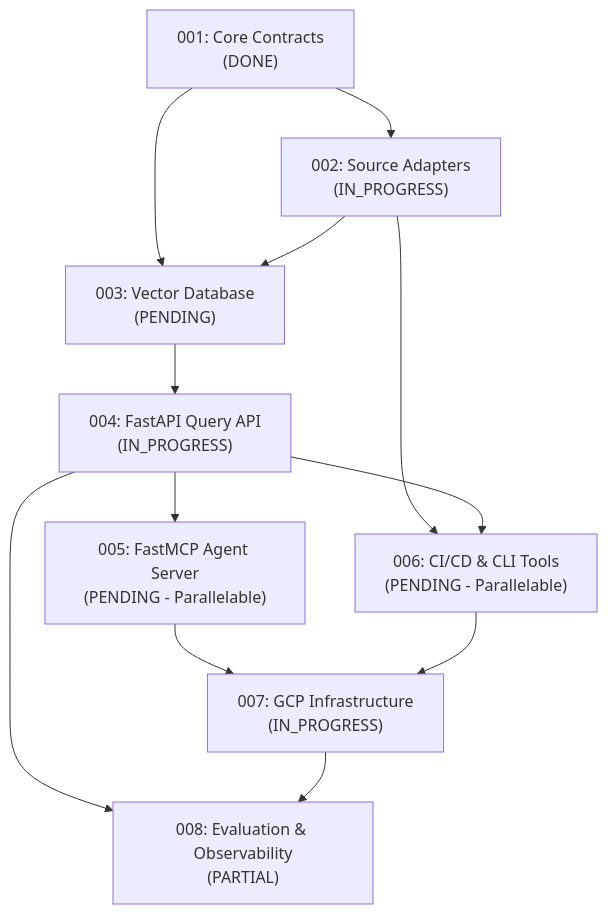
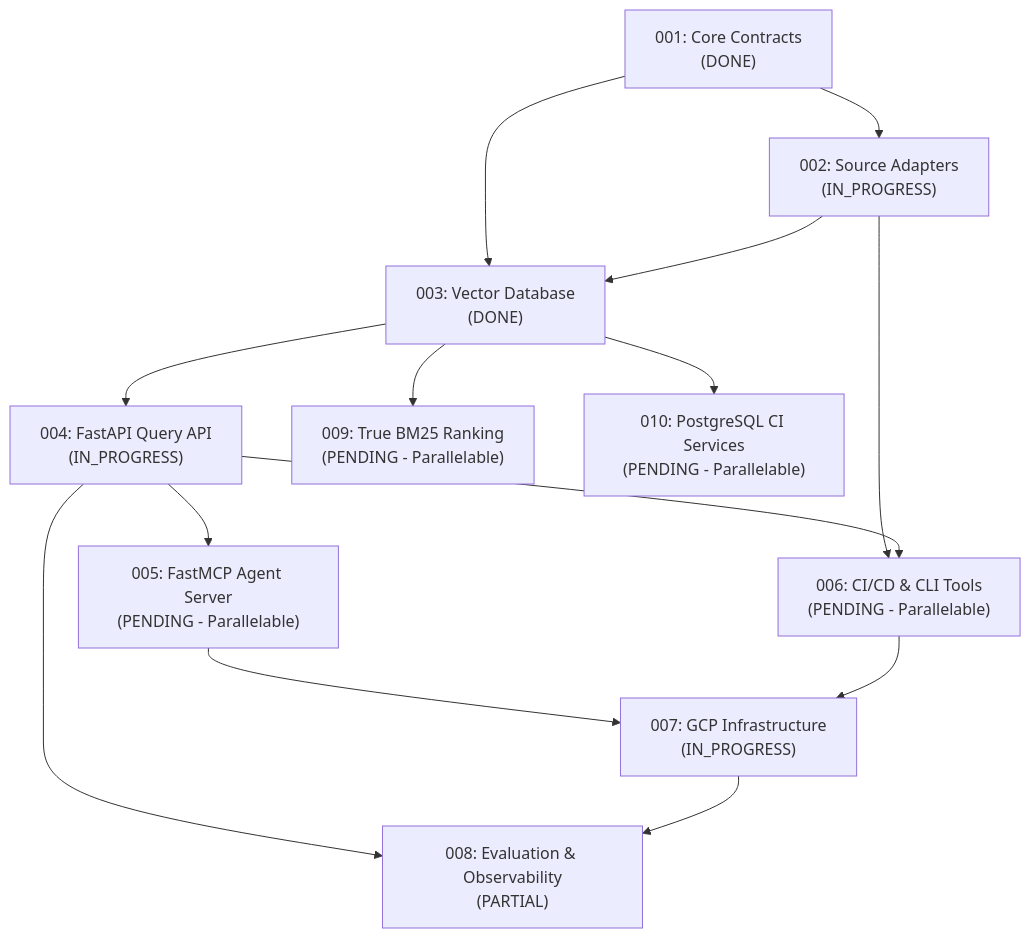
The diagram in docs/implementation/plan.md (trelatomasz/tt-agents-agentic-RAG), drawn with Mermaid before and after one commit. The commit also changed other lines of this file and 15 other files, not shown here.

First line of the commit message:
feat(index): Cloud SQL PostgreSQL vector store with hybrid search (section 003) (#6)

````diff
--- a/docs/implementation/plan.md
+++ b/docs/implementation/plan.md
@@ -26,18 +28,21 @@
 ```mermaid
 graph TD
     S001["001: Core Contracts<br/>(DONE)"] --> S002["002: Source Adapters<br/>(IN_PROGRESS)"]
-    S001 --> S003["003: Vector Database<br/>(PENDING)"]
+    S001 --> S003["003: Vector Database<br/>(DONE)"]
     
     S002 --> S003
     S003 --> S004["004: FastAPI Query API<br/>(IN_PROGRESS)"]
     
     S004 --> S005["005: FastMCP Agent Server<br/>(PENDING - Parallelable)"]
     S002 --> S006["006: CI/CD & CLI Tools<br/>(PENDING - Parallelable)"]
     S004 --> S006
     
     S005 --> S007["007: GCP Infrastructure<br/>(IN_PROGRESS)"]
     S006 --> S007
     
     S004 --> S008["008: Evaluation & Observability<br/>(PARTIAL)"]
     S007 --> S008
+
+    S003 --> S009["009: True BM25 Ranking<br/>(PENDING - Parallelable)"]
+    S003 --> S010["010: PostgreSQL CI Services<br/>(PENDING - Parallelable)"]
 ```
````
